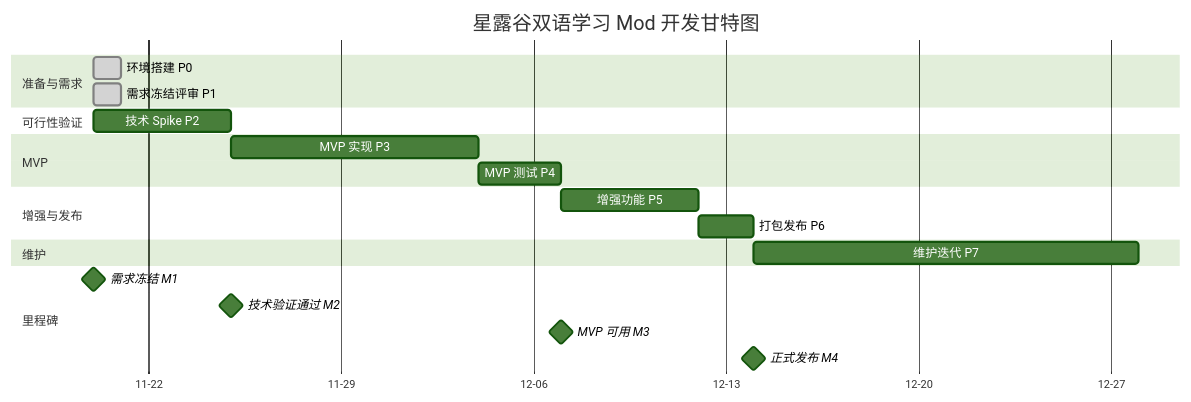
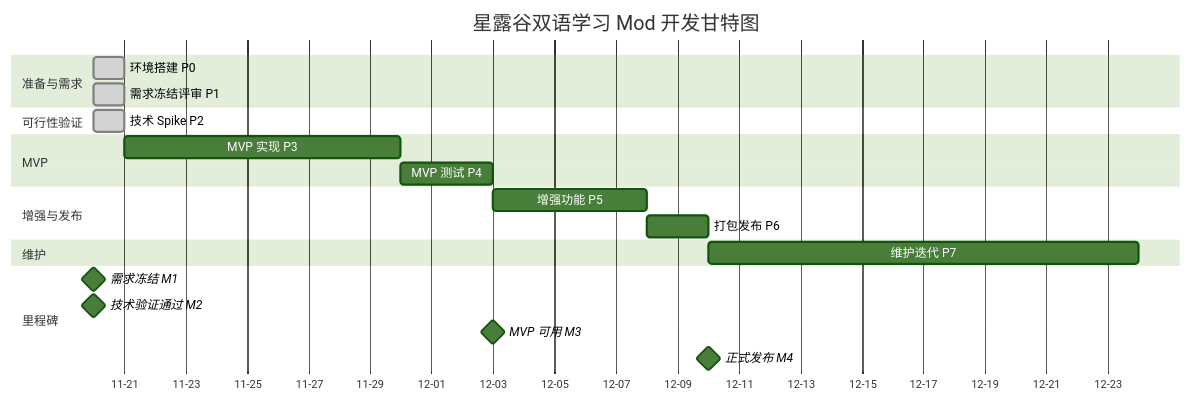
The first of 2 diagrams in 开发计划与节点控制.md (qimeiren-zhi/StardewMod-bilingual-learning-hover-dictionary), drawn with Mermaid (forest theme) before and after one commit. The commit also changed other lines of this file, not shown here.

Commit message:
文档：P2 技术 Spike 完成、M2 达成；记录三项延后待办（名称过滤/文本颜色/释义收敛）

````diff
--- a/开发计划与节点控制.md
+++ b/开发计划与节点控制.md
@@ -38,24 +38,24 @@
 ```mermaid
 gantt
     title 星露谷双语学习 Mod 开发甘特图
     dateFormat YYYY-MM-DD
     axisFormat %m-%d
     section 准备与需求
     环境搭建 P0            :done, p0, 2026-11-20, 1d
     需求冻结评审 P1        :done, p1, 2026-11-20, 1d
     section 可行性验证
-    技术 Spike P2          :p2, 2026-11-20, 5d
+    技术 Spike P2          :done, p2, 2026-11-20, 1d
     section MVP
-    MVP 实现 P3            :p3, 2026-11-25, 9d
-    MVP 测试 P4            :p4, 2026-12-04, 3d
+    MVP 实现 P3            :p3, 2026-11-21, 9d
+    MVP 测试 P4            :p4, 2026-11-30, 3d
     section 增强与发布
-    增强功能 P5            :p5, 2026-12-07, 5d
-    打包发布 P6            :p6, 2026-12-12, 2d
+    增强功能 P5            :p5, 2026-12-03, 5d
+    打包发布 P6            :p6, 2026-12-08, 2d
     section 维护
-    维护迭代 P7            :p7, 2026-12-14, 14d
+    维护迭代 P7            :p7, 2026-12-10, 14d
     section 里程碑
     需求冻结 M1            :milestone, m1, 2026-11-20, 0d
-    技术验证通过 M2        :milestone, m2, 2026-11-25, 0d
-    MVP 可用 M3            :milestone, m3, 2026-12-07, 0d
-    正式发布 M4            :milestone, m4, 2026-12-14, 0d
+    技术验证通过 M2        :milestone, m2, 2026-11-20, 0d
+    MVP 可用 M3            :milestone, m3, 2026-12-03, 0d
+    正式发布 M4            :milestone, m4, 2026-12-10, 0d
 ```
````
